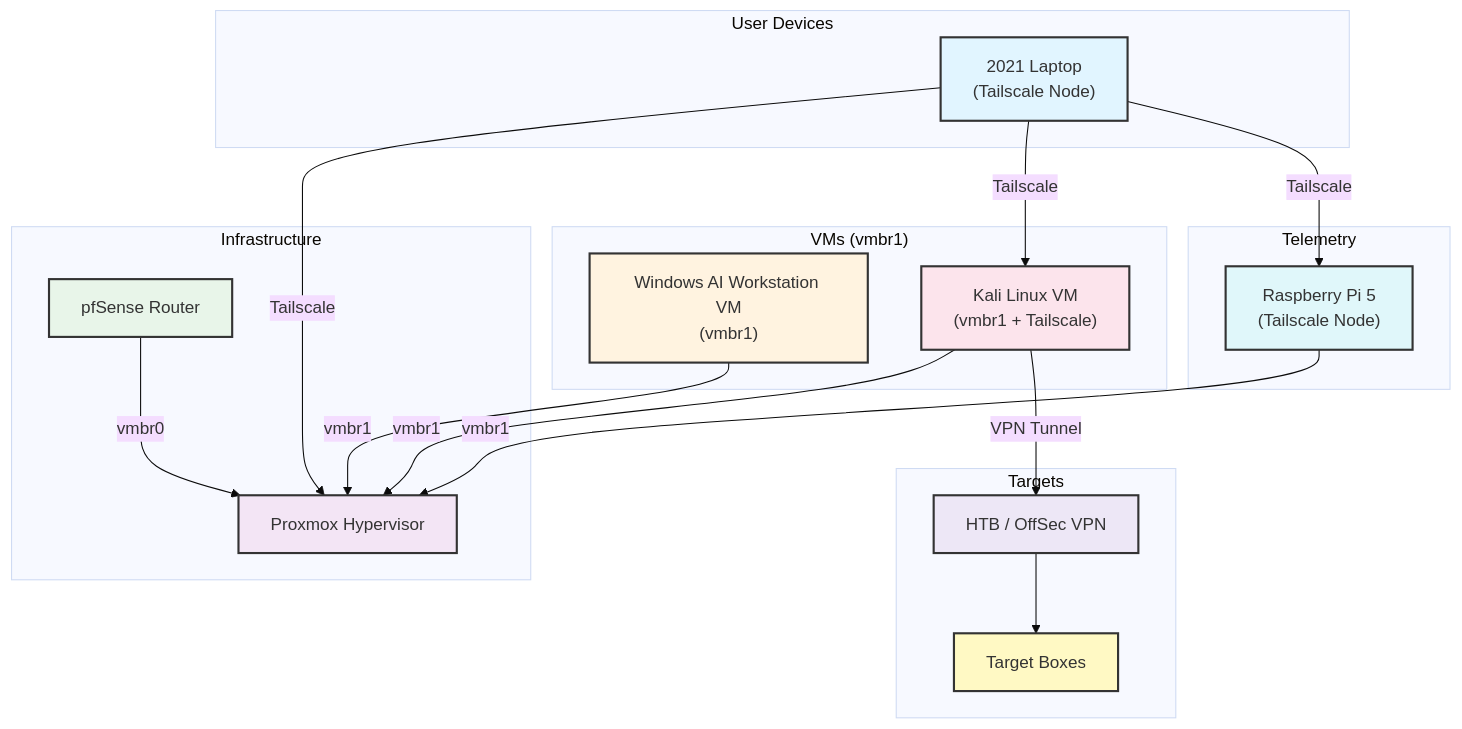
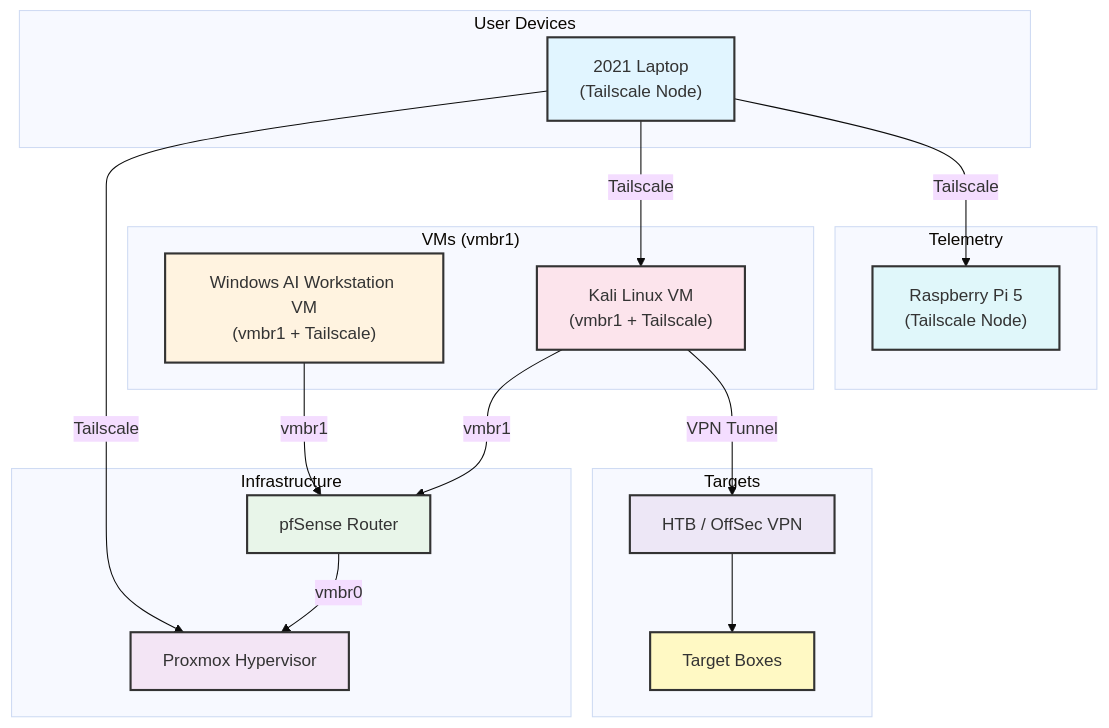
The diagram in SurzalsNotes/Challenges/topology/topology.md (Surzal-kali/git), drawn with Mermaid (base theme) before and after one commit.

Commit message:
HOKAY everything i s accurate i swear

````diff
--- a/SurzalsNotes/Challenges/topology/topology.md
+++ b/SurzalsNotes/Challenges/topology/topology.md
@@ -3,54 +3,53 @@
 ```mermaid
 flowchart TD
     %% ── User Devices ──────────────────────────────
     subgraph "User Devices"
         A["2021 Laptop<br/>(Tailscale Node)"]
     end
 
     %% ── Infrastructure ────────────────────────────
     subgraph "Infrastructure"
         C["Proxmox Hypervisor"]
         D["pfSense Router"]
     end
 
     %% ── VMs on Proxmox ───────────────────────────
     subgraph "VMs (vmbr1)"
-        B["Windows AI Workstation VM<br/>(vmbr1)"]
+        B["Windows AI Workstation VM<br/>(vmbr1 + Tailscale)"]
         E["Kali Linux VM<br/>(vmbr1 + Tailscale)"]
     end
 
     %% ── External Targets ─────────────────────────
     subgraph "Targets"
         F["HTB / OffSec VPN"]
         G["Target Boxes"]
     end
 
     %% ── Telemetry ────────────────────────────────
     subgraph "Telemetry"
         H["Raspberry Pi 5<br/>(Tailscale Node)"]
     end
 
     %% ── Connections ──────────────────────────────
     A -->|Tailscale| C
     A -->|Tailscale| E
     A -->|Tailscale| H
 
-    B -->|vmbr1| C
-    E -->|vmbr1| C
-    H -->|vmbr1| C
+    B -->|vmbr1| D
+    E -->|vmbr1| D
 
     D -->|vmbr0| C
 
     E -->|VPN Tunnel| F
     F --> G
 
     %% ── Styling ──────────────────────────────────
     style A fill:#e1f5ff,stroke:#333,stroke-width:2px,color:#333
     style B fill:#fff3e0,stroke:#333,stroke-width:2px,color:#333
     style C fill:#f3e5f5,stroke:#333,stroke-width:2px,color:#333
     style D fill:#e8f5e9,stroke:#333,stroke-width:2px,color:#333
     style E fill:#fce4ec,stroke:#333,stroke-width:2px,color:#333
     style F fill:#ede7f6,stroke:#333,stroke-width:2px,color:#333
     style G fill:#fff9c4,stroke:#333,stroke-width:2px,color:#333
     style H fill:#e0f7fa,stroke:#333,stroke-width:2px,color:#333
 ```
````
